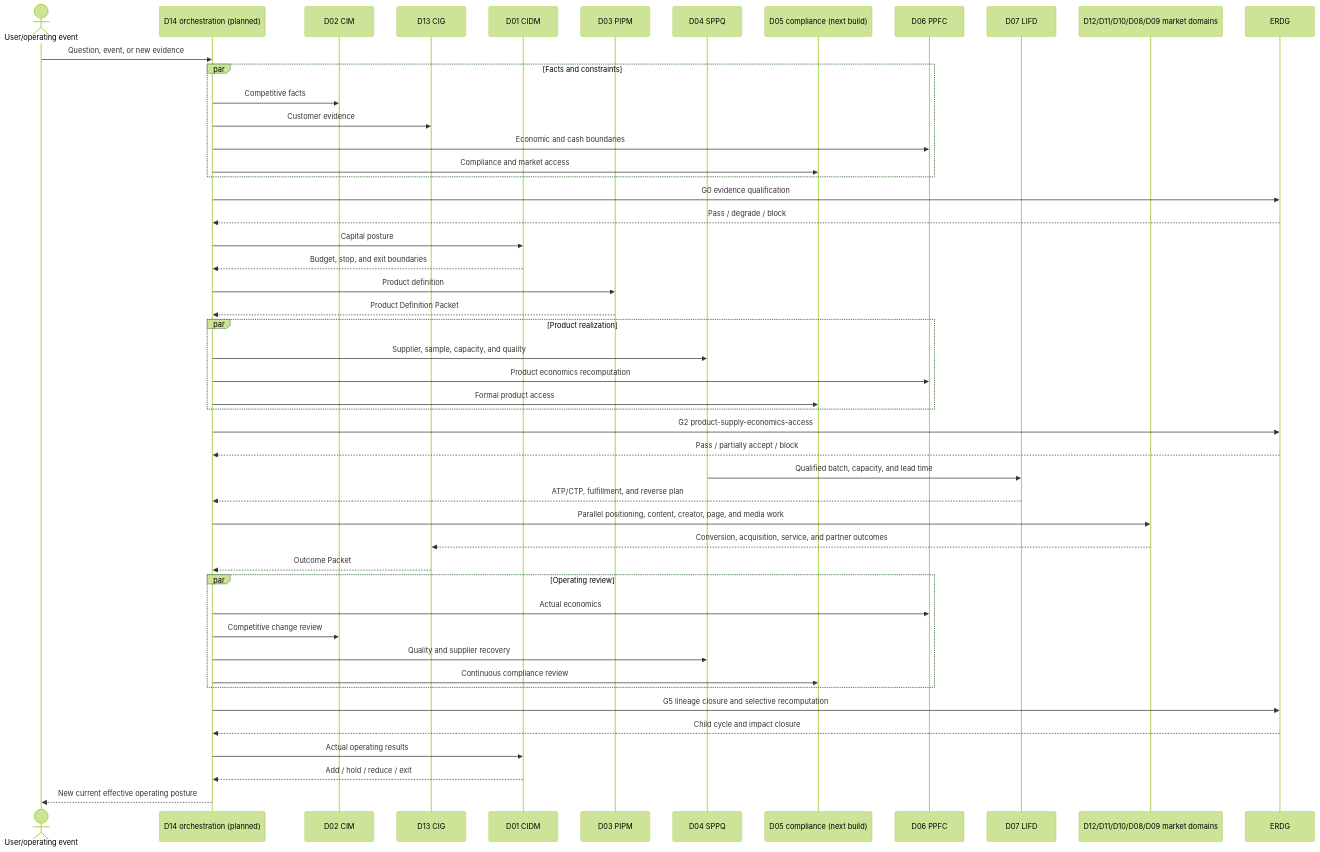
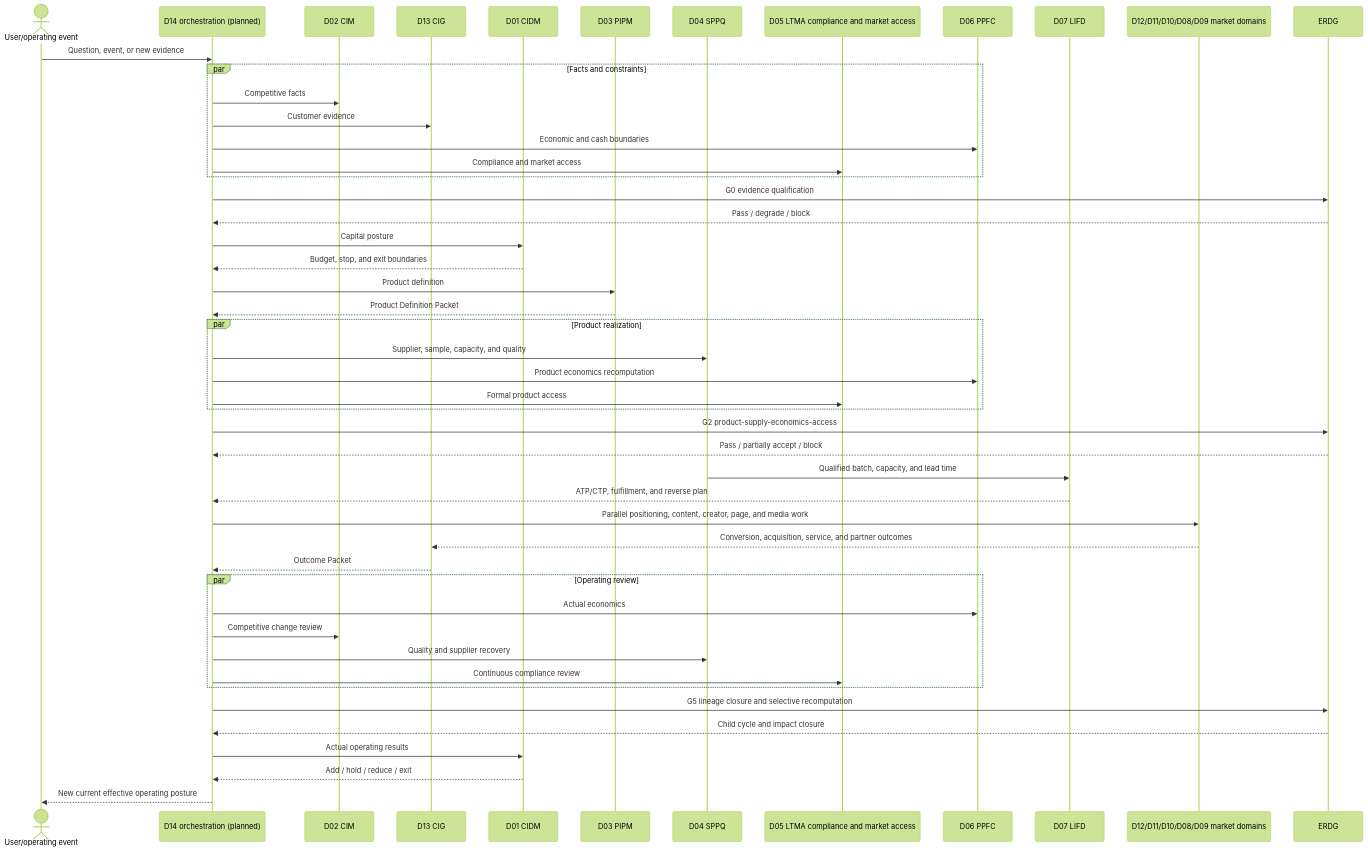
One commit to saye-chen/CrossBorder-Decision-Lab changed the third of 3 diagrams in README.en.md. Above: the diagram before and after it, drawn with Mermaid (forest theme). The commit also changed other lines of this file and 176 other files, not shown here.

````diff
--- a/README.en.md
+++ b/README.en.md
@@ -161,51 +161,51 @@
 ```mermaid
 sequenceDiagram
     actor U as User/operating event
     participant D14 as D14 orchestration (planned)
     participant D02 as D02 CIM
     participant D13 as D13 CIG
     participant D01 as D01 CIDM
     participant D03 as D03 PIPM
     participant D04 as D04 SPPQ
-    participant D05 as D05 compliance (next build)
+    participant D05 as D05 LTMA compliance and market access
     participant D06 as D06 PPFC
     participant D07 as D07 LIFD
     participant M as D12/D11/D10/D08/D09 market domains
     participant E as ERDG
     U->>D14: Question, event, or new evidence
     par Facts and constraints
       D14->>D02: Competitive facts
       D14->>D13: Customer evidence
       D14->>D06: Economic and cash boundaries
       D14->>D05: Compliance and market access
     end
     D14->>E: G0 evidence qualification
     E-->>D14: Pass / degrade / block
     D14->>D01: Capital posture
     D01-->>D14: Budget, stop, and exit boundaries
     D14->>D03: Product definition
     D03-->>D14: Product Definition Packet
     par Product realization
       D14->>D04: Supplier, sample, capacity, and quality
       D14->>D06: Product economics recomputation
       D14->>D05: Formal product access
     end
     D14->>E: G2 product-supply-economics-access
     E-->>D14: Pass / partially accept / block
     D04->>D07: Qualified batch, capacity, and lead time
     D07-->>D14: ATP/CTP, fulfillment, and reverse plan
     D14->>M: Parallel positioning, content, creator, page, and media work
     M-->>D13: Conversion, acquisition, service, and partner outcomes
     D13-->>D14: Outcome Packet
     par Operating review
       D14->>D06: Actual economics
       D14->>D02: Competitive change review
       D14->>D04: Quality and supplier recovery
       D14->>D05: Continuous compliance review
     end
     D14->>E: G5 lineage closure and selective recomputation
     E-->>D14: Child cycle and impact closure
     D14->>D01: Actual operating results
     D01-->>D14: Add / hold / reduce / exit
     D14-->>U: New current effective operating posture
 ```
````
